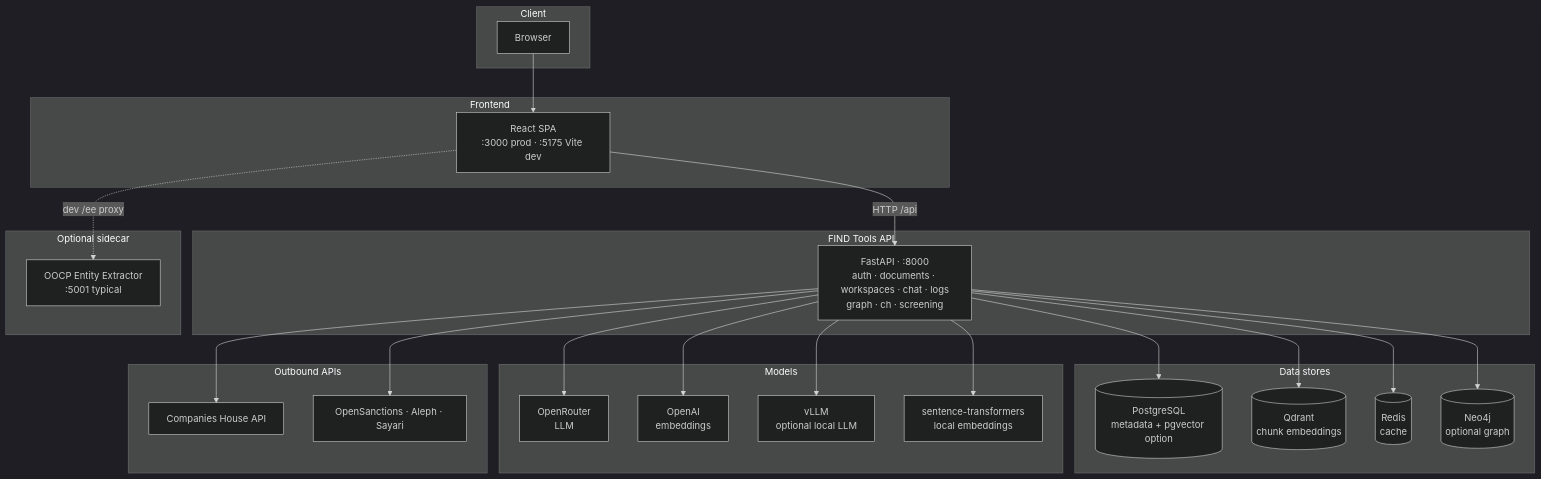
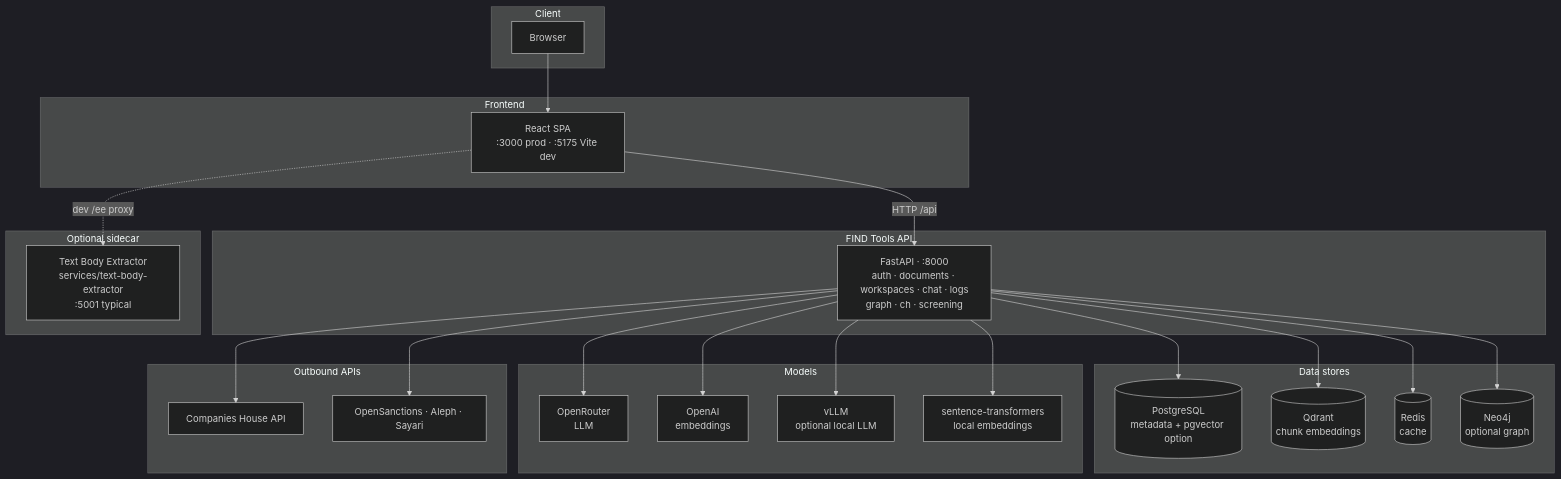
The first of 2 diagrams in README.md (A-Monaghan/find-tools), drawn with Mermaid (dark theme) before and after one commit. The commit also changed other lines of this file and 52 other files, not shown here.

First line of the commit message:
Add Text Body Extractor service and Northflank CI deploy

````diff
--- a/README.md
+++ b/README.md
@@ -45,51 +45,51 @@
 ```mermaid
 flowchart TB
   subgraph client["Client"]
     B[Browser]
   end
 
   subgraph fe["Frontend"]
     FE["React SPA<br/>:3000 prod · :5175 Vite dev"]
   end
 
   subgraph api["FIND Tools API"]
     A["FastAPI · :8000<br/>auth · documents · workspaces · chat · logs<br/>graph · ch · screening"]
   end
 
   subgraph data["Data stores"]
     PG[("PostgreSQL<br/>metadata + pgvector option")]
     QD[("Qdrant<br/>chunk embeddings")]
     RD[("Redis<br/>cache")]
     NJ[("Neo4j<br/>optional graph")]
   end
 
   subgraph infer["Models"]
     OR["OpenRouter<br/>LLM"]
     OAI["OpenAI<br/>embeddings"]
     VLLM["vLLM<br/>optional local LLM"]
     LOC["sentence-transformers<br/>local embeddings"]
   end
 
   subgraph outbound["Outbound APIs"]
     CHA["Companies House API"]
     SCR["OpenSanctions · Aleph · Sayari"]
   end
 
   subgraph opt["Optional sidecar"]
-    EE["OOCP Entity Extractor<br/>:5001 typical"]
+    EE["Text Body Extractor<br/>services/text-body-extractor<br/>:5001 typical"]
   end
 
   B --> FE
   FE -->|"HTTP /api"| A
   FE -.->|"dev /ee proxy"| EE
   A --> PG
   A --> QD
   A --> RD
   A --> NJ
   A --> OR
   A --> OAI
   A --> VLLM
   A --> LOC
   A --> CHA
   A --> SCR
 ```
````
